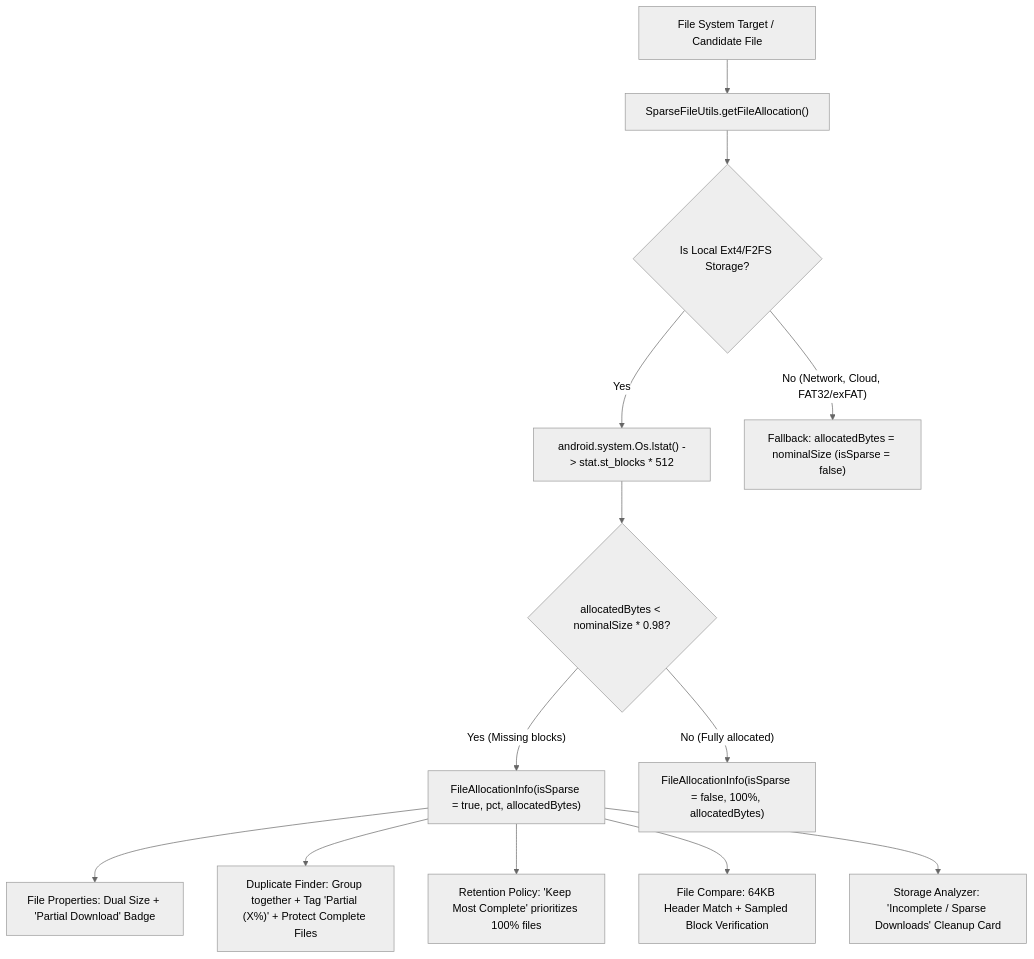
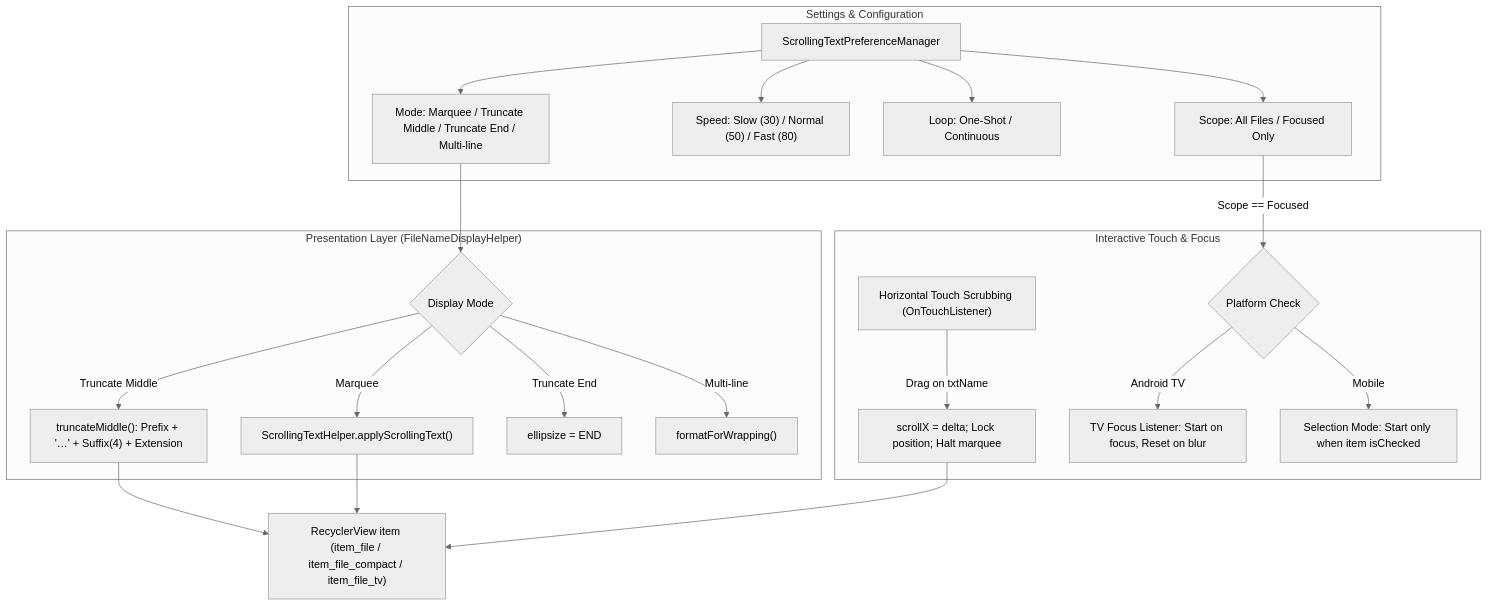
The diagram in .plans/plan.md (Kilowatch/ultimate-file-manager-pro), drawn with Mermaid (neutral theme) before and after one commit. The commit also changed other lines of this file and 33 other files, not shown here.

````diff
--- a/.plans/plan.md
+++ b/.plans/plan.md
@@ -16,18 +17,28 @@
 ```mermaid
 flowchart TD
-    A["File System Target / Candidate File"] --> B["SparseFileUtils.getFileAllocation()"]
-    
-    B --> C{"Is Local Ext4/F2FS Storage?"}
-    C -->|"Yes"| D["android.system.Os.lstat() -> stat.st_blocks * 512"]
-    C -->|"No (Network, Cloud, FAT32/exFAT)"| E["Fallback: allocatedBytes = nominalSize (isSparse = false)"]
-    
-    D --> F{"allocatedBytes < nominalSize * 0.98?"}
-    F -->|"Yes (Missing blocks)"| G["FileAllocationInfo(isSparse = true, pct, allocatedBytes)"]
-    F -->|"No (Fully allocated)"| H["FileAllocationInfo(isSparse = false, 100%, allocatedBytes)"]
-    
-    G --> I["File Properties: Dual Size + 'Partial Download' Badge"]
-    G --> J["Duplicate Finder: Group together + Tag 'Partial (X%)' + Protect Complete Files"]
-    G --> K["Retention Policy: 'Keep Most Complete' prioritizes 100% files"]
-    G --> L["File Compare: 64KB Header Match + Sampled Block Verification"]
-    G --> M["Storage Analyzer: 'Incomplete / Sparse Downloads' Cleanup Card"]
+    subgraph Settings ["Settings & Configuration"]
+        A["ScrollingTextPreferenceManager"] --> B["Mode: Marquee / Truncate Middle / Truncate End / Multi-line"]
+        A --> C["Speed: Slow (30) / Normal (50) / Fast (80)"]
+        A --> D["Loop: One-Shot / Continuous"]
+        A --> E["Scope: All Files / Focused Only"]
+    end
+
+    subgraph Presentation ["Presentation Layer (FileNameDisplayHelper)"]
+        B --> F{"Display Mode"}
+        F -->|"Truncate Middle"| G["truncateMiddle(): Prefix + '…' + Suffix(4) + Extension"]
+        F -->|"Marquee"| H["ScrollingTextHelper.applyScrollingText()"]
+        F -->|"Truncate End"| I["ellipsize = END"]
+        F -->|"Multi-line"| J["formatForWrapping()"]
+    end
+
+    subgraph Interaction ["Interactive Touch & Focus"]
+        K["Horizontal Touch Scrubbing (OnTouchListener)"] -->|"Drag on txtName"| L["scrollX = delta; Lock position; Halt marquee"]
+        E -->|"Scope == Focused"| M{"Platform Check"}
+        M -->|"Android TV"| N["TV Focus Listener: Start on focus, Reset on blur"]
+        M -->|"Mobile"| O["Selection Mode: Start only when item isChecked"]
+    end
+
+    G --> P["RecyclerView item (item_file / item_file_compact / item_file_tv)"]
+    H --> P
+    L --> P
 ```
````
